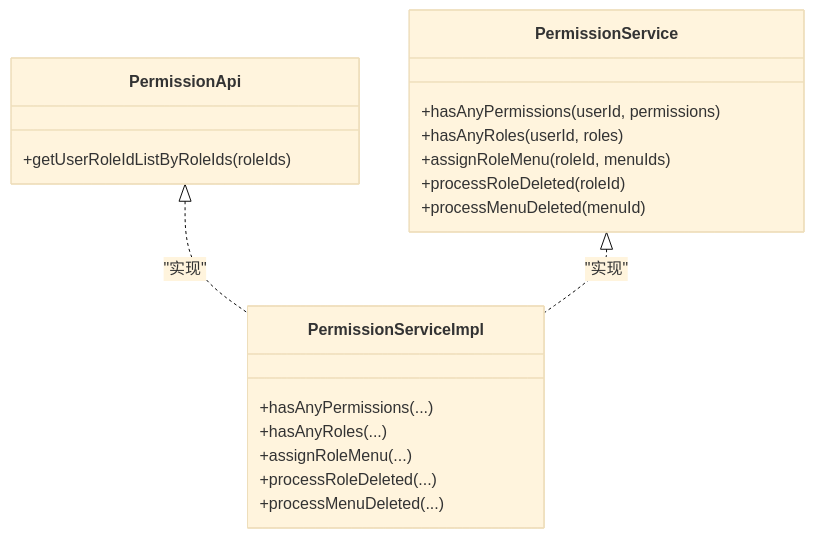
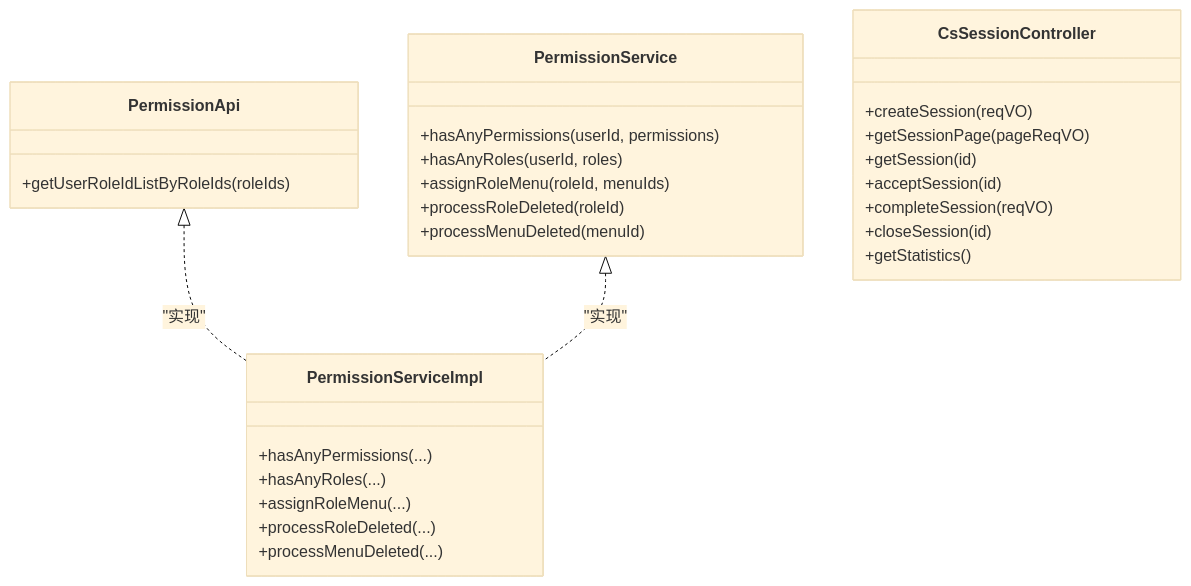
The third of 6 diagrams in .qoder/repowiki/zh/content/核心模块/系统管理模块/角色权限.md (xiaoche80s-tech/rouyi-vue-pro), drawn with Mermaid (base theme) before and after one commit. The commit also changed other lines of this file and 331 other files, not shown here.

````diff
--- a/.qoder/repowiki/zh/content/核心模块/系统管理模块/角色权限.md
+++ b/.qoder/repowiki/zh/content/核心模块/系统管理模块/角色权限.md
@@ -132,22 +160,31 @@
 ```mermaid
 classDiagram
 class PermissionService {
 +hasAnyPermissions(userId, permissions)
 +hasAnyRoles(userId, roles)
 +assignRoleMenu(roleId, menuIds)
 +processRoleDeleted(roleId)
 +processMenuDeleted(menuId)
 }
 class PermissionApi {
 +getUserRoleIdListByRoleIds(roleIds)
 }
 class PermissionServiceImpl {
 +hasAnyPermissions(...)
 +hasAnyRoles(...)
 +assignRoleMenu(...)
 +processRoleDeleted(...)
 +processMenuDeleted(...)
 }
+class CsSessionController {
++createSession(reqVO)
++getSessionPage(pageReqVO)
++getSession(id)
++acceptSession(id)
++completeSession(reqVO)
++closeSession(id)
++getStatistics()
+}
 PermissionApi <|.. PermissionServiceImpl : "实现"
 PermissionService <|.. PermissionServiceImpl : "实现"
 ```
````
